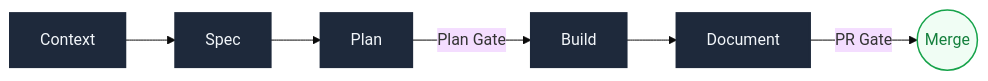
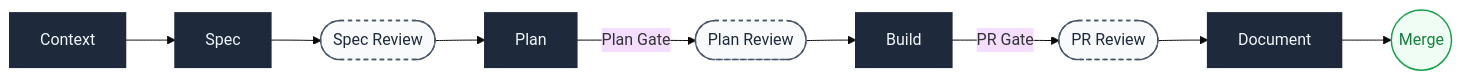
The second of 2 diagrams in README.md (Hotusa-Data/ehc-agent-harness), drawn with Mermaid (base theme) before and after one commit. The commit also changed other lines of this file, not shown here.

````diff
--- a/README.md
+++ b/README.md
@@ -102,17 +53,22 @@
 ```mermaid
 flowchart LR
-    accTitle: Development Cycle Phases and Gates
-    accDescr: Five development phases from Context to Document with two validation gates before merge.
+    accTitle: Development Cycle with Human Reviews and AI Gates
+    accDescr: Five phases from Context to Document, with Spec Review, Plan Review and PR Review as human checkpoints, and Plan Gate and PR Gate as AI-run checklists.
 
     ctx["Context"] --> spec["Spec"]
-    spec --> plan["Plan"]
-    plan -->|Plan Gate| build["Build"]
-    build --> doc["Document"]
-    doc -->|PR Gate| merge(("Merge"))
+    spec --> rev1(["Spec Review"])
+    rev1 --> plan["Plan"]
+    plan -->|Plan Gate| rev2(["Plan Review"])
+    rev2 --> build["Build"]
+    build -->|PR Gate| rev3(["PR Review"])
+    rev3 --> doc["Document"]
+    doc --> merge(("Merge"))
 
-    classDef phase fill:#1e293b,stroke:#1e293b,stroke-width:2px,color:#f1f5f9
-    classDef gate  fill:#f0fdf4,stroke:#16a34a,stroke-width:1.5px,color:#15803d
+    classDef phase    fill:#1e293b,stroke:#1e293b,stroke-width:2px,color:#f1f5f9
+    classDef reviewer fill:#f8fafc,stroke:#475569,stroke-width:1.5px,color:#1e293b,stroke-dasharray:4
+    classDef gate     fill:#f0fdf4,stroke:#16a34a,stroke-width:1.5px,color:#15803d
 
     class ctx,spec,plan,build,doc phase
+    class rev1,rev2,rev3 reviewer
     class merge gate
 ```
````
